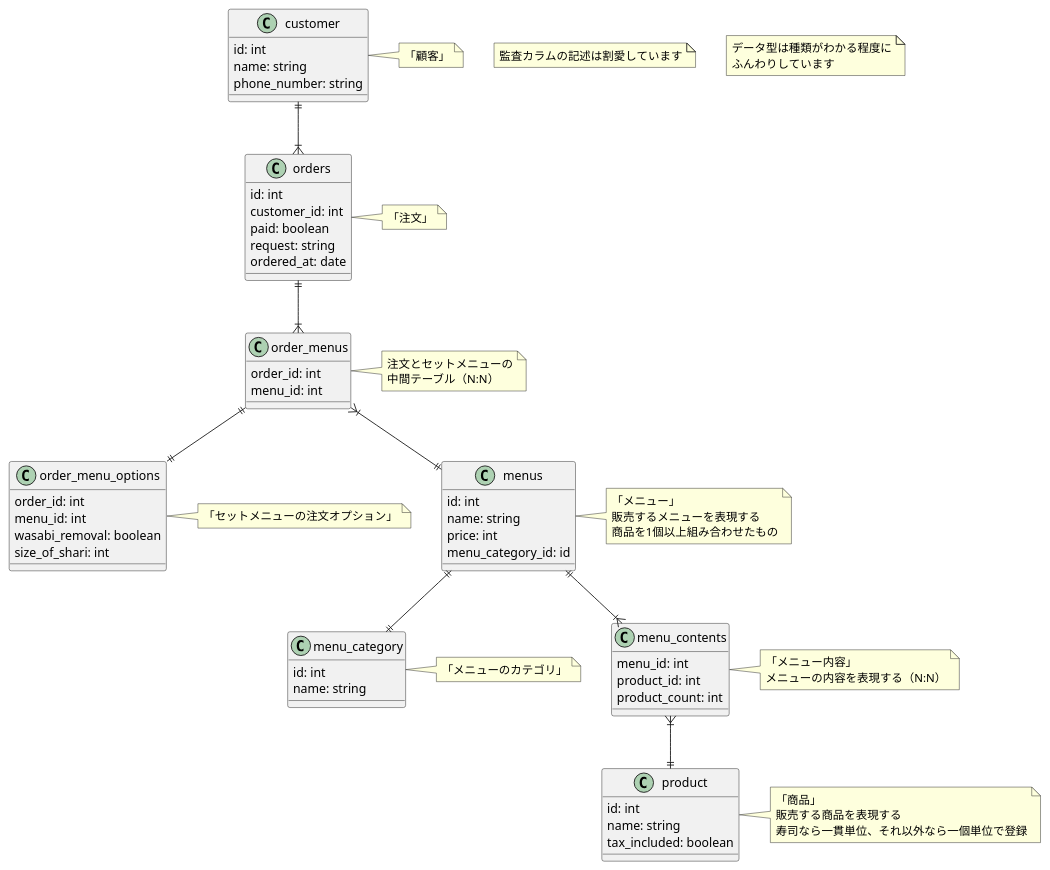
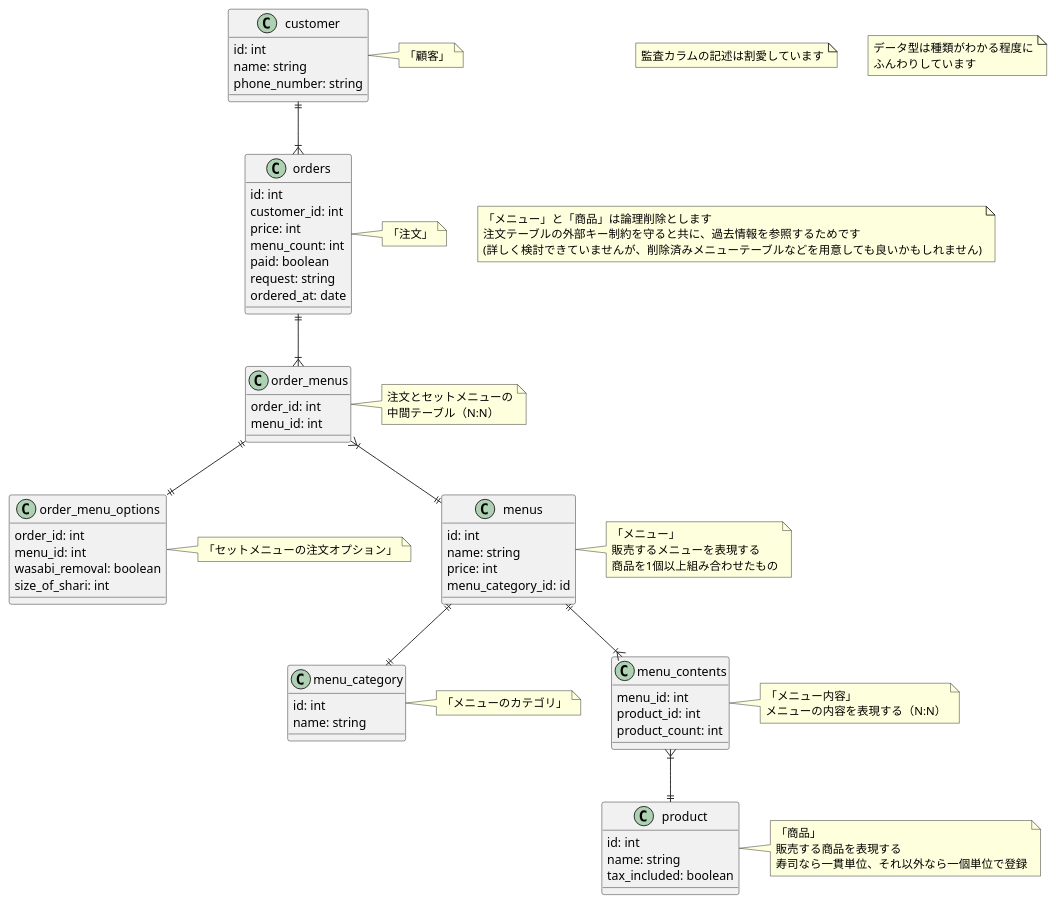
Before and after one commit to HitoroOhria/praha-challenge: the diagram in db/db-modeling-1/sushi_order.puml, drawn with PlantUML. The commit also changed 1 other file, not shown here.

```diff
--- a/db/db-modeling-1/sushi_order.puml
+++ b/db/db-modeling-1/sushi_order.puml
@@ -1,73 +1,76 @@
 @startuml
 'https://plantuml.com/class-diagram
 
 note "監査カラムの記述は割愛しています" as n1
 note "データ型は種類がわかる程度に\nふんわりしています" as n2
+note "「メニュー」と「商品」は論理削除とします\n注文テーブルの外部キー制約を守ると共に、過去情報を参照するためです\n(詳しく検討できていませんが、削除済みメニューテーブルなどを用意しても良いかもしれません)" as n3
 
 class customer {
   id: int
   name: string
   phone_number: string
 }
 note right: 「顧客」
 
 class orders {
   id: int
   customer_id: int
+  price: int
+  menu_count: int
   paid: boolean
   request: string
   ordered_at: date
 }
 note right: 「注文」
 
 class order_menus {
   order_id: int
   menu_id: int
 }
 note right: 注文とセットメニューの\n中間テーブル（N:N）
 
 class order_menu_options {
   order_id: int
   menu_id: int
   wasabi_removal: boolean
   size_of_shari: int
 }
 note right: 「セットメニューの注文オプション」
 
 class menus {
   id: int
   name: string
   price: int
   menu_category_id: id
 }
 note right: 「メニュー」\n販売するメニューを表現する\n商品を1個以上組み合わせたもの
 
 class menu_category {
   id: int
   name: string
 }
 note right: 「メニューのカテゴリ」
 
 class menu_contents {
   menu_id: int
   product_id: int
   product_count: int
 }
 note right: 「メニュー内容」\nメニューの内容を表現する（N:N）
 
 class product {
   id: int
   name: string
   tax_included: boolean
 }
 note right: 「商品」\n販売する商品を表現する\n寿司なら一貫単位、それ以外なら一個単位で登録
 
 customer ||--|{ orders
 orders ||--|{ order_menus
 order_menus ||--|| order_menu_options
 order_menus }|--|| menus
 menus ||--|{ menu_contents
 menus ||--|| menu_category
 menu_contents }|--|| product
 
 @enduml
```
